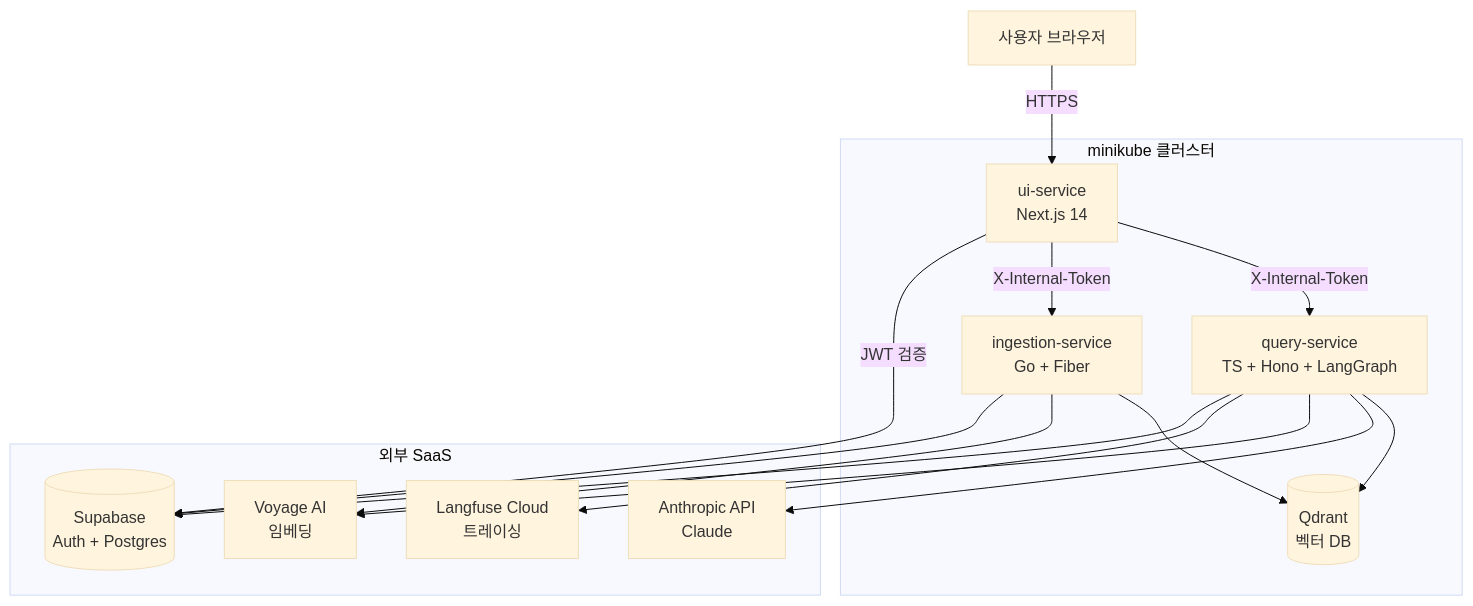
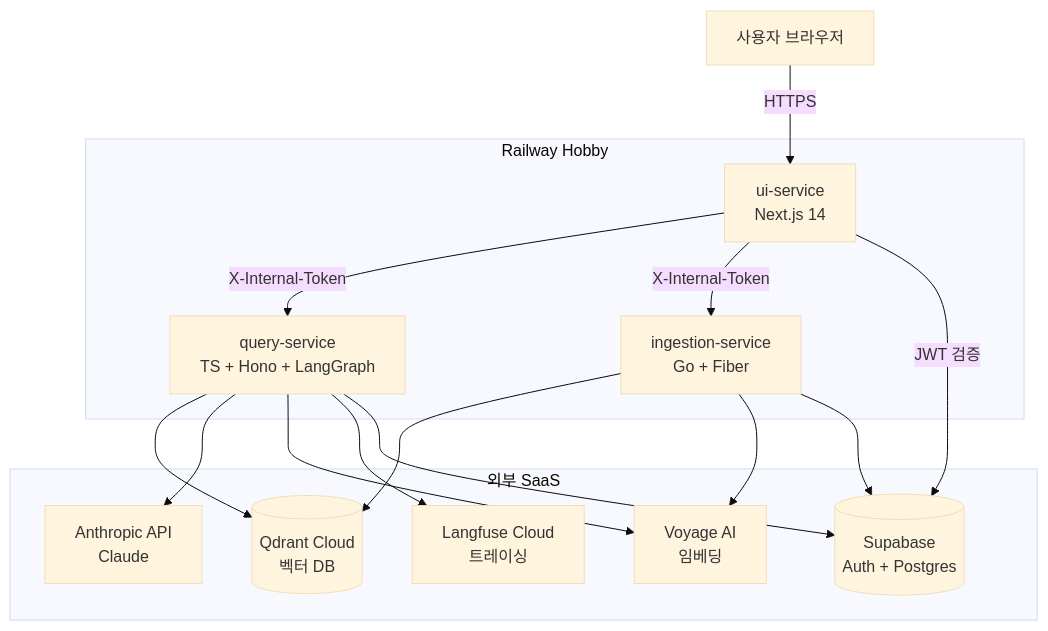
Before and after one commit to Claude-su-Factory/qa--insurance-agent-work: the diagram in docs/ARCHITECTURE.md, drawn with Mermaid (base theme). The commit also changed other lines of this file and 5 other files, not shown here.

````diff
--- a/docs/ARCHITECTURE.md
+++ b/docs/ARCHITECTURE.md
@@ -9,29 +9,29 @@
 ```mermaid
 flowchart TB
     User[사용자 브라우저]
-    subgraph K8s[minikube 클러스터]
+    subgraph Railway[Railway Hobby]
         UI[ui-service<br/>Next.js 14]
         Query[query-service<br/>TS + Hono + LangGraph]
         Ingest[ingestion-service<br/>Go + Fiber]
-        Qdrant[(Qdrant<br/>벡터 DB)]
     end
     subgraph External[외부 SaaS]
+        Qdrant[(Qdrant Cloud<br/>벡터 DB)]
         Supabase[(Supabase<br/>Auth + Postgres)]
         Anthropic[Anthropic API<br/>Claude]
         Voyage[Voyage AI<br/>임베딩]
         Langfuse[Langfuse Cloud<br/>트레이싱]
     end
 
     User -->|HTTPS| UI
     UI -->|X-Internal-Token| Query
     UI -->|X-Internal-Token| Ingest
     UI -->|JWT 검증| Supabase
     Query --> Qdrant
     Query --> Anthropic
     Query --> Voyage
     Query --> Langfuse
     Query --> Supabase
     Ingest --> Qdrant
     Ingest --> Voyage
     Ingest --> Supabase
 ```
````
